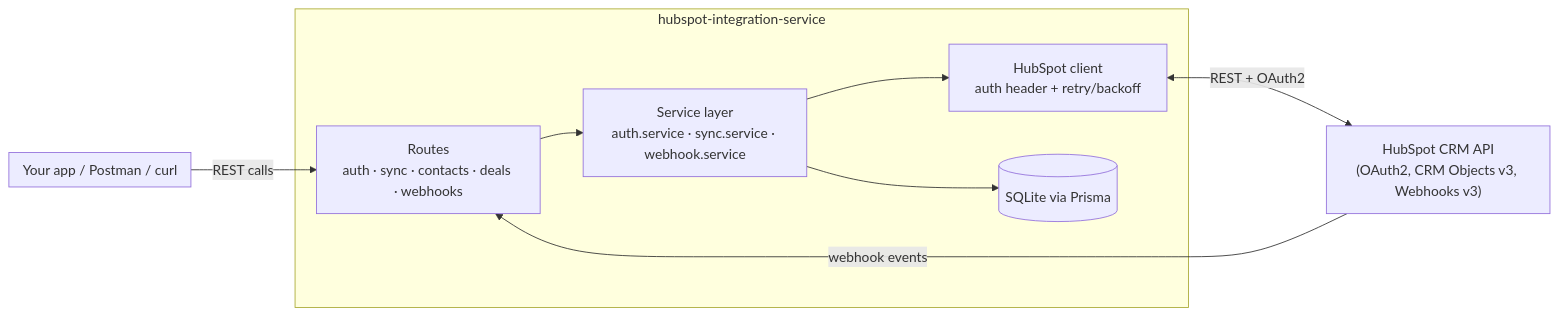
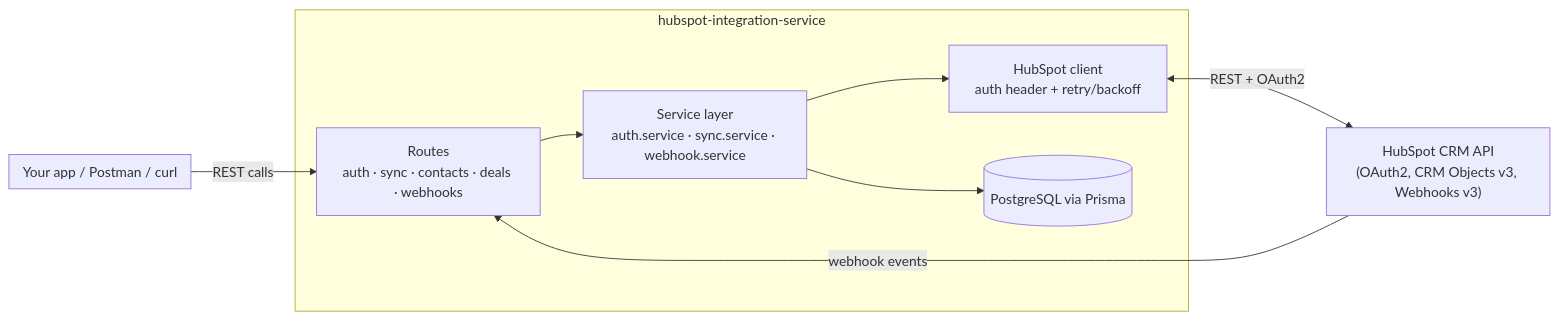
The diagram in README.md (chaitanya410/hubspot-integration-service), drawn with Mermaid before and after one commit. The commit also changed other lines of this file and 16 other files, not shown here.

````diff
--- a/README.md
+++ b/README.md
@@ -82,21 +89,21 @@
 ```mermaid
 flowchart LR
     subgraph Client["Your app / Postman / curl"]
     end
 
     subgraph Service["hubspot-integration-service"]
         Routes["Routes\nauth · sync · contacts · deals · webhooks"]
         Services["Service layer\nauth.service · sync.service · webhook.service"]
         HubClient["HubSpot client\nauth header + retry/backoff"]
-        DB[(SQLite via Prisma)]
+        DB[(PostgreSQL via Prisma)]
     end
 
     HubSpot["HubSpot CRM API\n(OAuth2, CRM Objects v3, Webhooks v3)"]
 
     Client -- "REST calls" --> Routes
     Routes --> Services
     Services --> HubClient
     Services --> DB
     HubClient <-- "REST + OAuth2" --> HubSpot
     HubSpot -- "webhook events" --> Routes
 ```
````
